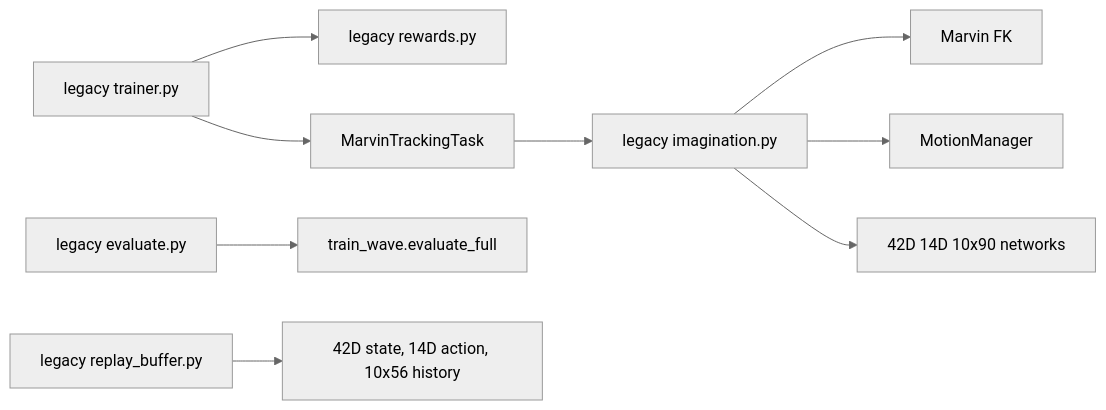
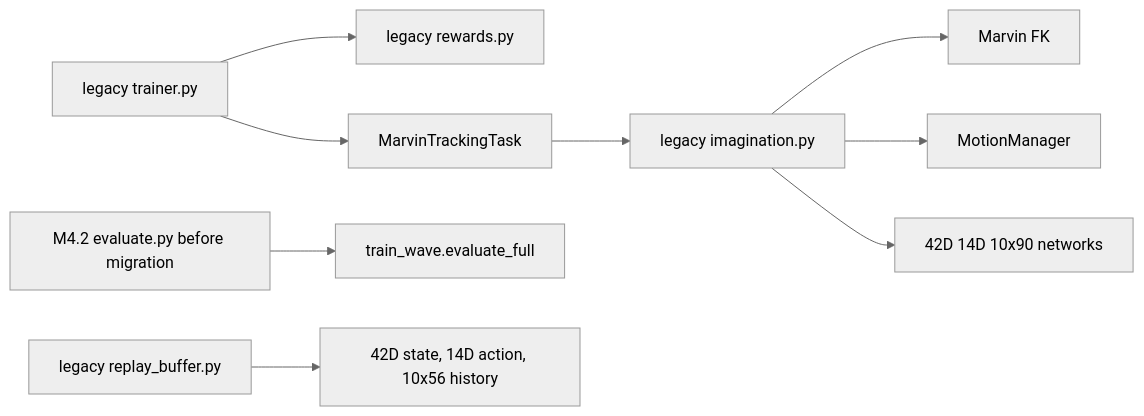
The first of 2 diagrams in docs/supermimic/core_architecture.md (FEGkkd/dexgym), drawn with Mermaid (neutral theme) before and after one commit. The commit also changed other lines of this file and 6 other files, not shown here.

````diff
--- a/docs/supermimic/core_architecture.md
+++ b/docs/supermimic/core_architecture.md
@@ -11,11 +11,11 @@
 ```mermaid
 flowchart LR
   T[legacy trainer.py] --> R[legacy rewards.py]
   T --> MT[MarvinTrackingTask]
   MT --> I[legacy imagination.py]
   I --> FK[Marvin FK]
   I --> MM[MotionManager]
   I --> N[42D 14D 10x90 networks]
-  E[legacy evaluate.py] --> TW[train_wave.evaluate_full]
+  E[M4.2 evaluate.py before migration] --> TW[train_wave.evaluate_full]
   RE[legacy replay_buffer.py] --> FIX[42D state, 14D action, 10x56 history]
 ```
````
